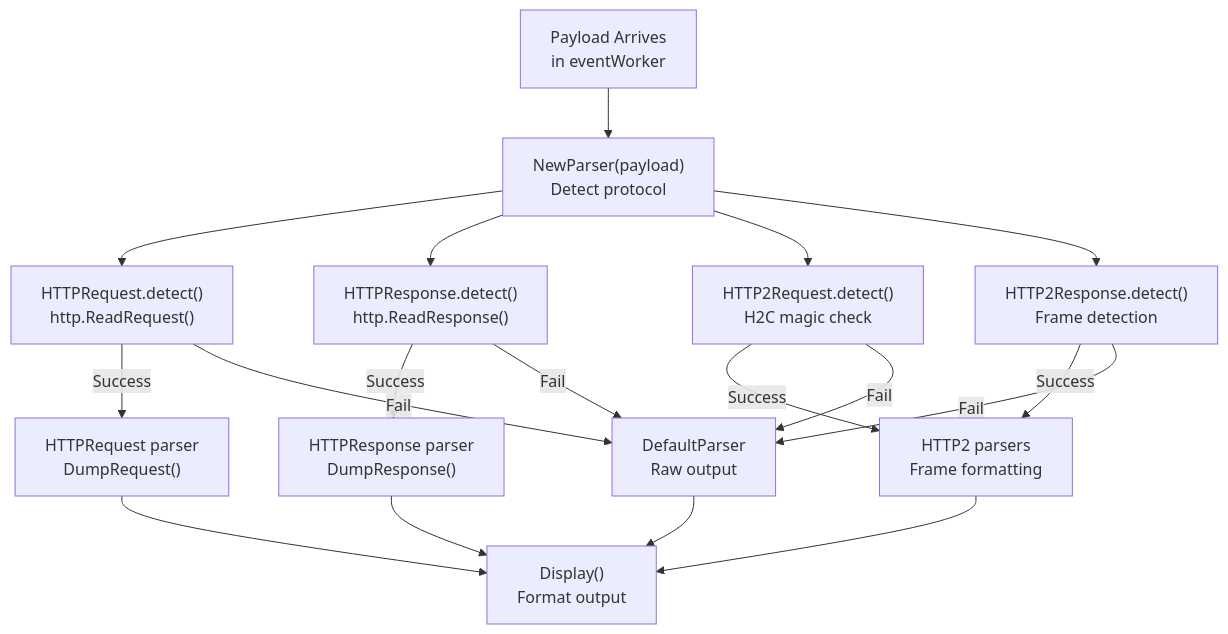
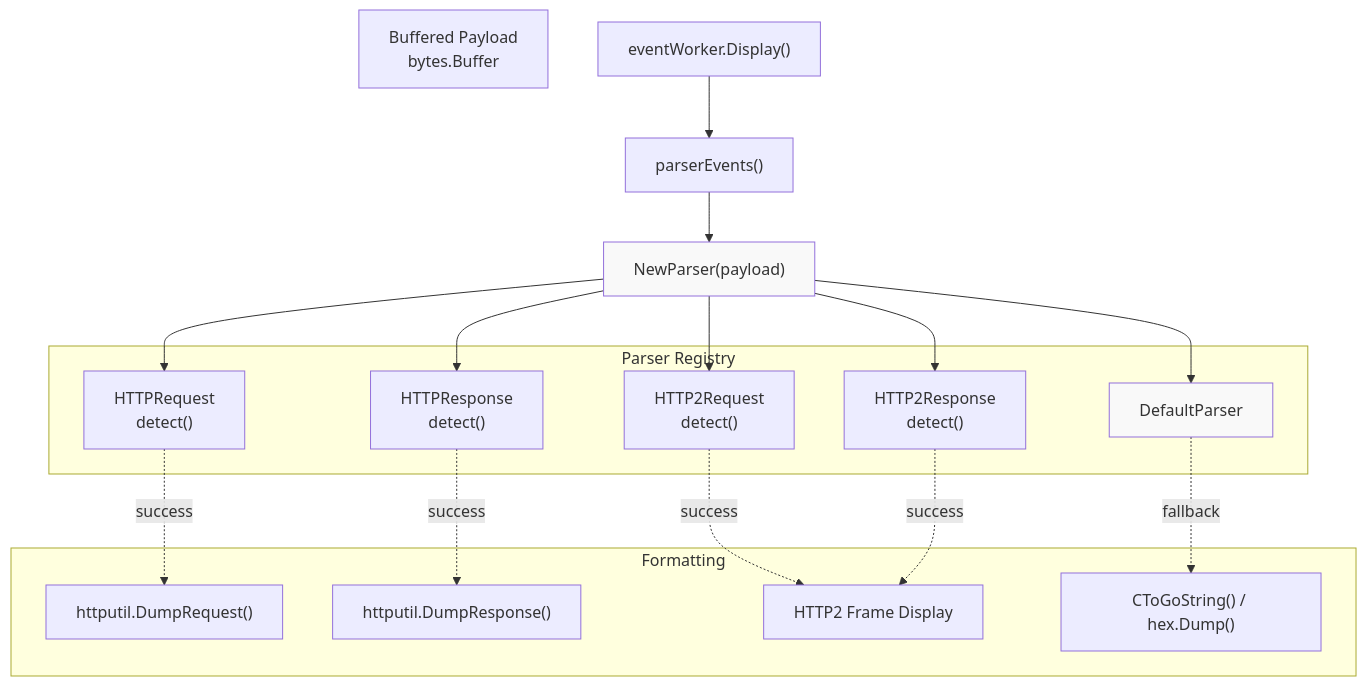
Before and after one commit to gojue/ecapture.cc: the second of 4 diagrams in src/en/4-output-formats/4.1-text-output-mode.md, drawn with Mermaid. The commit also changed other lines of this file and 115 other files, not shown here.

````diff
--- a/src/en/4-output-formats/4.1-text-output-mode.md
+++ b/src/en/4-output-formats/4.1-text-output-mode.md
@@ -236,37 +189,40 @@
 ```mermaid
-flowchart TD
-    PayloadArrival["Payload Arrives<br/>in eventWorker"]
-    NewParser["NewParser(payload)<br/>Detect protocol"]
-    HTTPReqDetect["HTTPRequest.detect()<br/>http.ReadRequest()"]
-    HTTPRespDetect["HTTPResponse.detect()<br/>http.ReadResponse()"]
-    HTTP2ReqDetect["HTTP2Request.detect()<br/>H2C magic check"]
-    HTTP2RespDetect["HTTP2Response.detect()<br/>Frame detection"]
+graph TB
+    PAYLOAD["Buffered Payload<br/>bytes.Buffer"]
+    DISPLAY["eventWorker.Display()"]
+    PARSEREVENTS["parserEvents()"]
+    NEWPARSER["NewParser(payload)"]
     
-    DefaultParser["DefaultParser<br/>Raw output"]
-    HTTPRequestParser["HTTPRequest parser<br/>DumpRequest()"]
-    HTTPResponseParser["HTTPResponse parser<br/>DumpResponse()"]
-    HTTP2Parser["HTTP2 parsers<br/>Frame formatting"]
+    subgraph "Parser Registry"
+        HTTP_REQ["HTTPRequest<br/>detect()"]
+        HTTP_RESP["HTTPResponse<br/>detect()"]
+        HTTP2_REQ["HTTP2Request<br/>detect()"]
+        HTTP2_RESP["HTTP2Response<br/>detect()"]
+        DEFAULT["DefaultParser"]
+    end
     
-    Display["Display()<br/>Format output"]
+    subgraph "Formatting"
+        HTTP_REQ_FMT["httputil.DumpRequest()"]
+        HTTP_RESP_FMT["httputil.DumpResponse()"]
+        HTTP2_FMT["HTTP2 Frame Display"]
+        DEFAULT_FMT["CToGoString() / hex.Dump()"]
+    end
     
-    PayloadArrival --> NewParser
-    NewParser --> HTTPReqDetect
-    NewParser --> HTTPRespDetect
-    NewParser --> HTTP2ReqDetect
-    NewParser --> HTTP2RespDetect
+    DISPLAY --> PARSEREVENTS
+    PARSEREVENTS --> NEWPARSER
     
-    HTTPReqDetect -->|Success| HTTPRequestParser
-    HTTPRespDetect -->|Success| HTTPResponseParser
-    HTTP2ReqDetect -->|Success| HTTP2Parser
-    HTTP2RespDetect -->|Success| HTTP2Parser
+    NEWPARSER --> HTTP_REQ
+    NEWPARSER --> HTTP_RESP
+    NEWPARSER --> HTTP2_REQ
+    NEWPARSER --> HTTP2_RESP
+    NEWPARSER --> DEFAULT
     
-    HTTPReqDetect -->|Fail| DefaultParser
-    HTTPRespDetect -->|Fail| DefaultParser
-    HTTP2ReqDetect -->|Fail| DefaultParser
-    HTTP2RespDetect -->|Fail| DefaultParser
+    HTTP_REQ -.success.-> HTTP_REQ_FMT
+    HTTP_RESP -.success.-> HTTP_RESP_FMT
+    HTTP2_REQ -.success.-> HTTP2_FMT
+    HTTP2_RESP -.success.-> HTTP2_FMT
+    DEFAULT -.fallback.-> DEFAULT_FMT
     
-    HTTPRequestParser --> Display
-    HTTPResponseParser --> Display
-    HTTP2Parser --> Display
-    DefaultParser --> Display
+    style NEWPARSER fill:#f9f9f9
+    style DEFAULT fill:#f9f9f9
 ```
````
